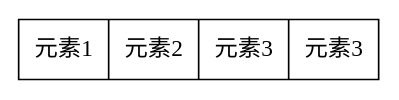
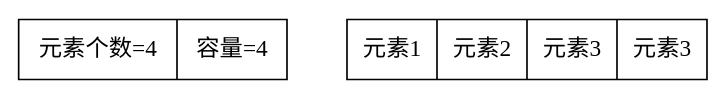
Diagram 11 of 31 in src/第一章-线性结构.md (xavierwoo/data_structrues_notes), drawn with Graphviz before and after one commit. The commit also changed other lines of this file and 1 other file, not shown here.

````diff
--- a/src/第一章-线性结构.md
+++ b/src/第一章-线性结构.md
@@ -124,6 +293,10 @@
 ```dot
 digraph G{
+    rankdir=LR
     node [shape = record]
-    A [label = "元素1|元素2|元素3|元素3"];
+    H[label="{元素个数=4 | 容量=4}"]
+    A [label = "{元素1|元素2|元素3|元素3  }"];
+
+    H -> A[weight=10 style=invis]
 }
 ```
````
